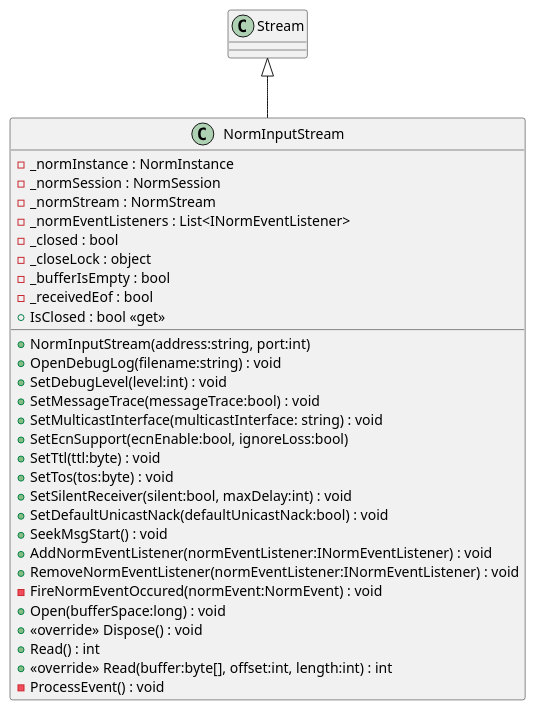
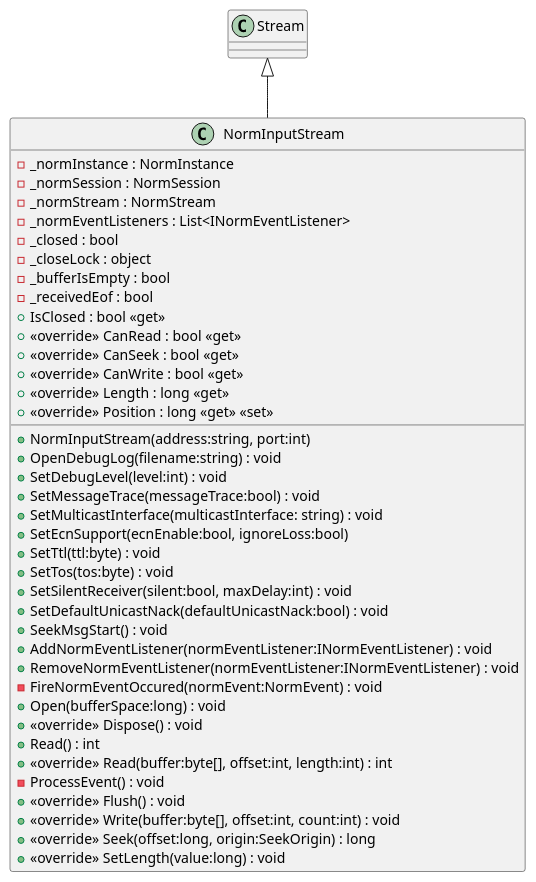
One commit to USNavalResearchLaboratory/norm changed the diagram in src/dotnet/design/Mil/Navy/Nrl/Norm/IO/NormInputStream.puml. Above: the diagram before and after it, drawn with PlantUML. The commit also changed 41 other files, not shown here.

```diff
--- a/src/dotnet/design/Mil/Navy/Nrl/Norm/IO/NormInputStream.puml
+++ b/src/dotnet/design/Mil/Navy/Nrl/Norm/IO/NormInputStream.puml
@@ -1,33 +1,42 @@
 @startuml
 class NormInputStream {
     - _normInstance : NormInstance
     - _normSession : NormSession
     - _normStream : NormStream
     - _normEventListeners : List<INormEventListener>
     - _closed : bool
     - _closeLock : object
     - _bufferIsEmpty : bool
     - _receivedEof : bool
     + NormInputStream(address:string, port:int)
     + OpenDebugLog(filename:string) : void
     + SetDebugLevel(level:int) : void
     + SetMessageTrace(messageTrace:bool) : void
     + SetMulticastInterface(multicastInterface: string) : void
     + SetEcnSupport(ecnEnable:bool, ignoreLoss:bool)
     + SetTtl(ttl:byte) : void
     + SetTos(tos:byte) : void
     + SetSilentReceiver(silent:bool, maxDelay:int) : void
     + SetDefaultUnicastNack(defaultUnicastNack:bool) : void
     + SeekMsgStart() : void
     + AddNormEventListener(normEventListener:INormEventListener) : void
     + RemoveNormEventListener(normEventListener:INormEventListener) : void
     - FireNormEventOccured(normEvent:NormEvent) : void
     + Open(bufferSpace:long) : void
     + <<override>> Dispose() : void
     + IsClosed : bool <<get>>
     + Read() : int
     + <<override>> Read(buffer:byte[], offset:int, length:int) : int
     - ProcessEvent() : void
+    + <<override>> Flush() : void
+    + <<override>> Write(buffer:byte[], offset:int, count:int) : void
+    + <<override>> Seek(offset:long, origin:SeekOrigin) : long
+    + <<override>> SetLength(value:long) : void
+    + <<override>> CanRead : bool <<get>>
+    + <<override>> CanSeek : bool <<get>>
+    + <<override>> CanWrite : bool <<get>>
+    + <<override>> Length : long <<get>>
+    + <<override>> Position : long <<get>> <<set>>
 }
 Stream <|-- NormInputStream
 @enduml
```
